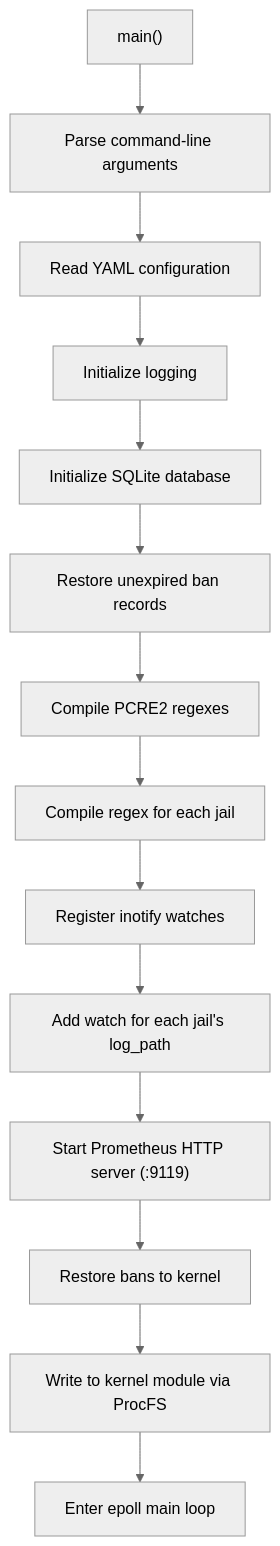
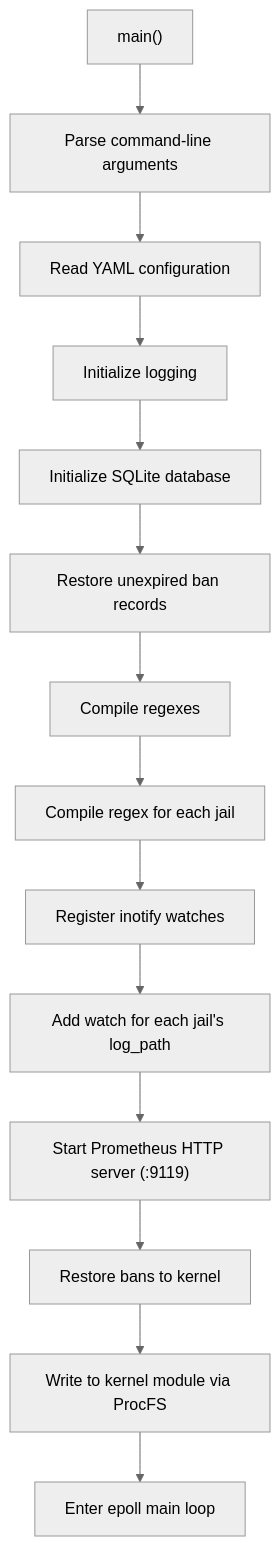
The second of 6 diagrams in docs/en/architecture/daemon.md (SnowCore8/linux-firewall-kmod), drawn with Mermaid (neutral theme) before and after one commit. The commit also changed other lines of this file and 35 other files, not shown here.

````diff
--- a/docs/en/architecture/daemon.md
+++ b/docs/en/architecture/daemon.md
@@ -64,19 +62,19 @@
 ```mermaid
 graph TB
     Start["main()"]
     A["Parse command-line arguments"]
     B["Read YAML configuration"]
     C["Initialize logging"]
     D["Initialize SQLite database"]
     D1["Restore unexpired ban records"]
-    E["Compile PCRE2 regexes"]
+    E["Compile regexes"]
     E1["Compile regex for each jail"]
     F["Register inotify watches"]
     F1["Add watch for each jail's log_path"]
     G["Start Prometheus HTTP server (:9119)"]
     H["Restore bans to kernel"]
     H1["Write to kernel module via ProcFS"]
     I["Enter epoll main loop"]
 
     Start --> A --> B --> C --> D --> D1 --> E --> E1 --> F --> F1 --> G --> H --> H1 --> I
 ```
````
